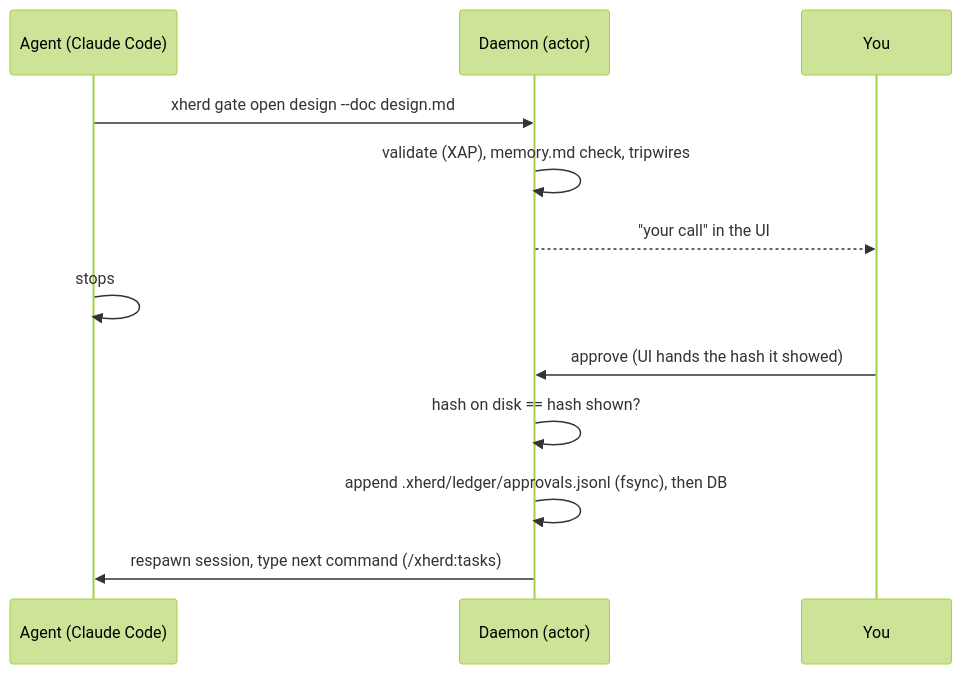
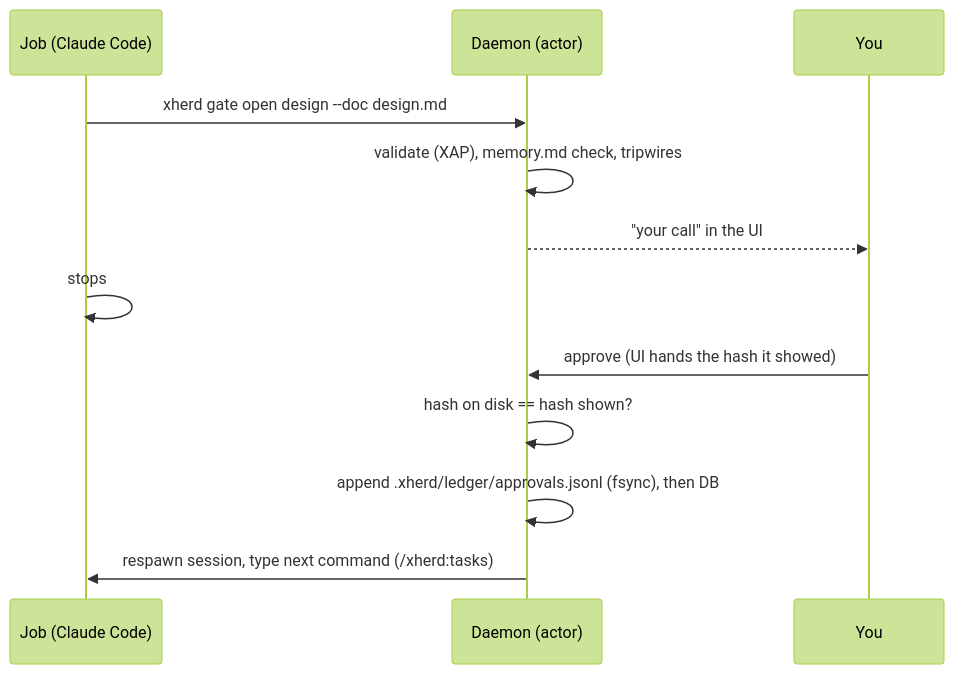
The third of 4 diagrams in doc/dev/architecture.md (xionjames/xherd), drawn with Mermaid (forest theme) before and after one commit. The commit also changed other lines of this file and 24 other files, not shown here.

````diff
--- a/doc/dev/architecture.md
+++ b/doc/dev/architecture.md
@@ -103,14 +103,14 @@
 ```mermaid
 sequenceDiagram
-    participant Ag as Agent (Claude Code)
+    participant Ag as Job (Claude Code)
     participant D as Daemon (actor)
     participant U as You
     Ag->>D: xherd gate open design --doc design.md
     D->>D: validate (XAP), memory.md check, tripwires
     D-->>U: "your call" in the UI
     Ag->>Ag: stops
     U->>D: approve (UI hands the hash it showed)
     D->>D: hash on disk == hash shown?
     D->>D: append .xherd/ledger/approvals.jsonl (fsync), then DB
     D->>Ag: respawn session, type next command (/xherd:tasks)
 ```
````
